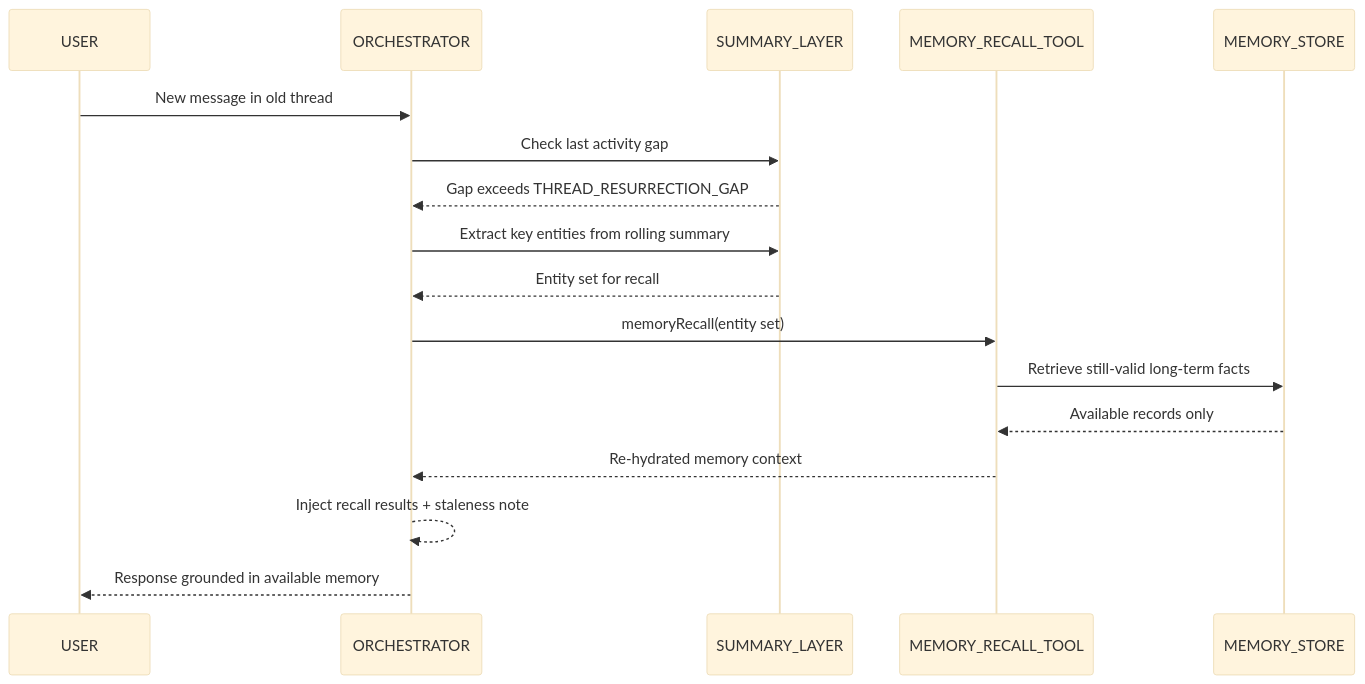
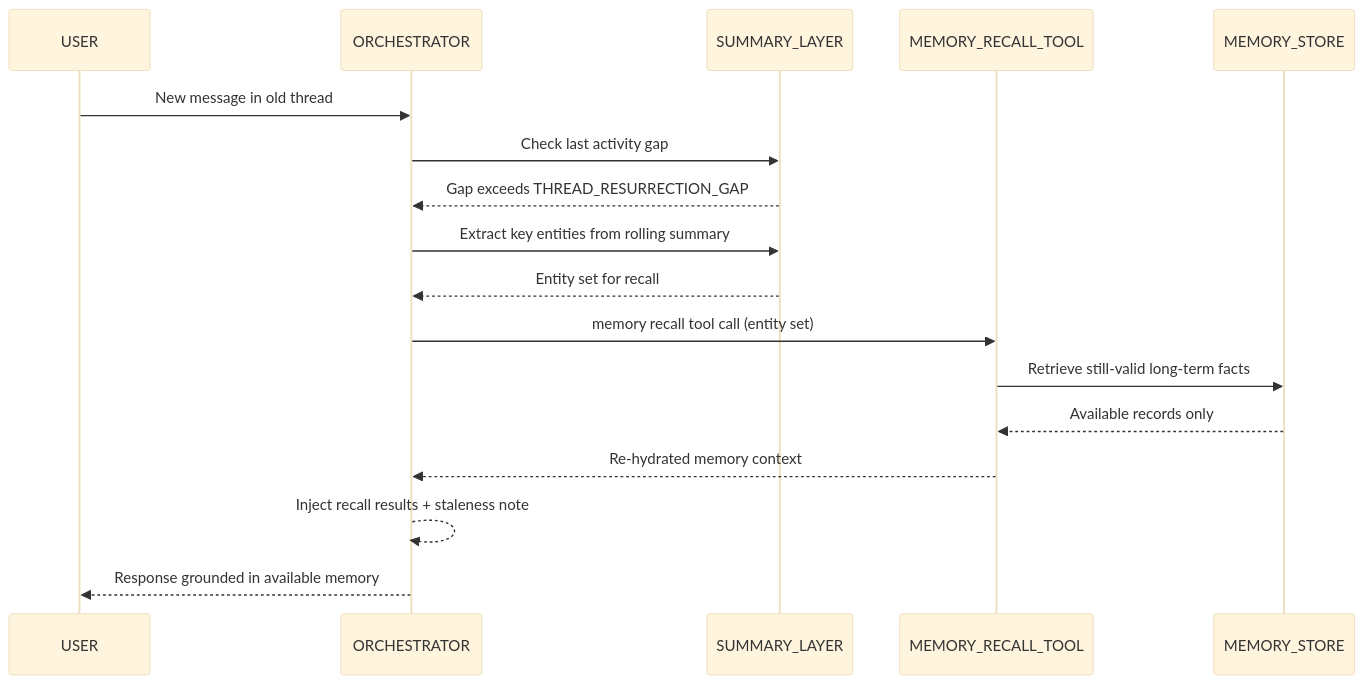
Before and after one commit to 1qh/safeagent: the tenth of 34 diagrams in plan/07-memory.md, drawn with Mermaid (base theme). The commit also changed other lines of this file and 18 other files, not shown here.

````diff
--- a/plan/07-memory.md
+++ b/plan/07-memory.md
@@ -391,20 +391,20 @@
 ```mermaid
 sequenceDiagram
     participant USER
     participant ORCHESTRATOR
     participant SUMMARY_LAYER
     participant MEMORY_RECALL_TOOL
     participant MEMORY_STORE
 
     USER->>ORCHESTRATOR: New message in old thread
     ORCHESTRATOR->>SUMMARY_LAYER: Check last activity gap
     SUMMARY_LAYER-->>ORCHESTRATOR: Gap exceeds THREAD_RESURRECTION_GAP
     ORCHESTRATOR->>SUMMARY_LAYER: Extract key entities from rolling summary
     SUMMARY_LAYER-->>ORCHESTRATOR: Entity set for recall
-    ORCHESTRATOR->>MEMORY_RECALL_TOOL: memoryRecall(entity set)
+    ORCHESTRATOR->>MEMORY_RECALL_TOOL: memory recall tool call (entity set)
     MEMORY_RECALL_TOOL->>MEMORY_STORE: Retrieve still-valid long-term facts
     MEMORY_STORE-->>MEMORY_RECALL_TOOL: Available records only
     MEMORY_RECALL_TOOL-->>ORCHESTRATOR: Re-hydrated memory context
     ORCHESTRATOR-->>ORCHESTRATOR: Inject recall results + staleness note
     ORCHESTRATOR-->>USER: Response grounded in available memory
 ```
````
